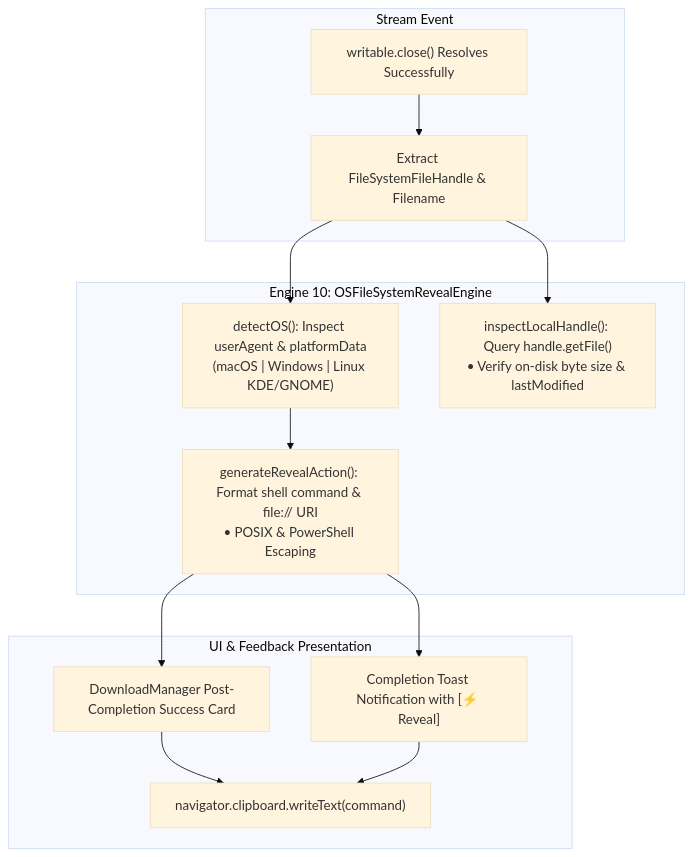
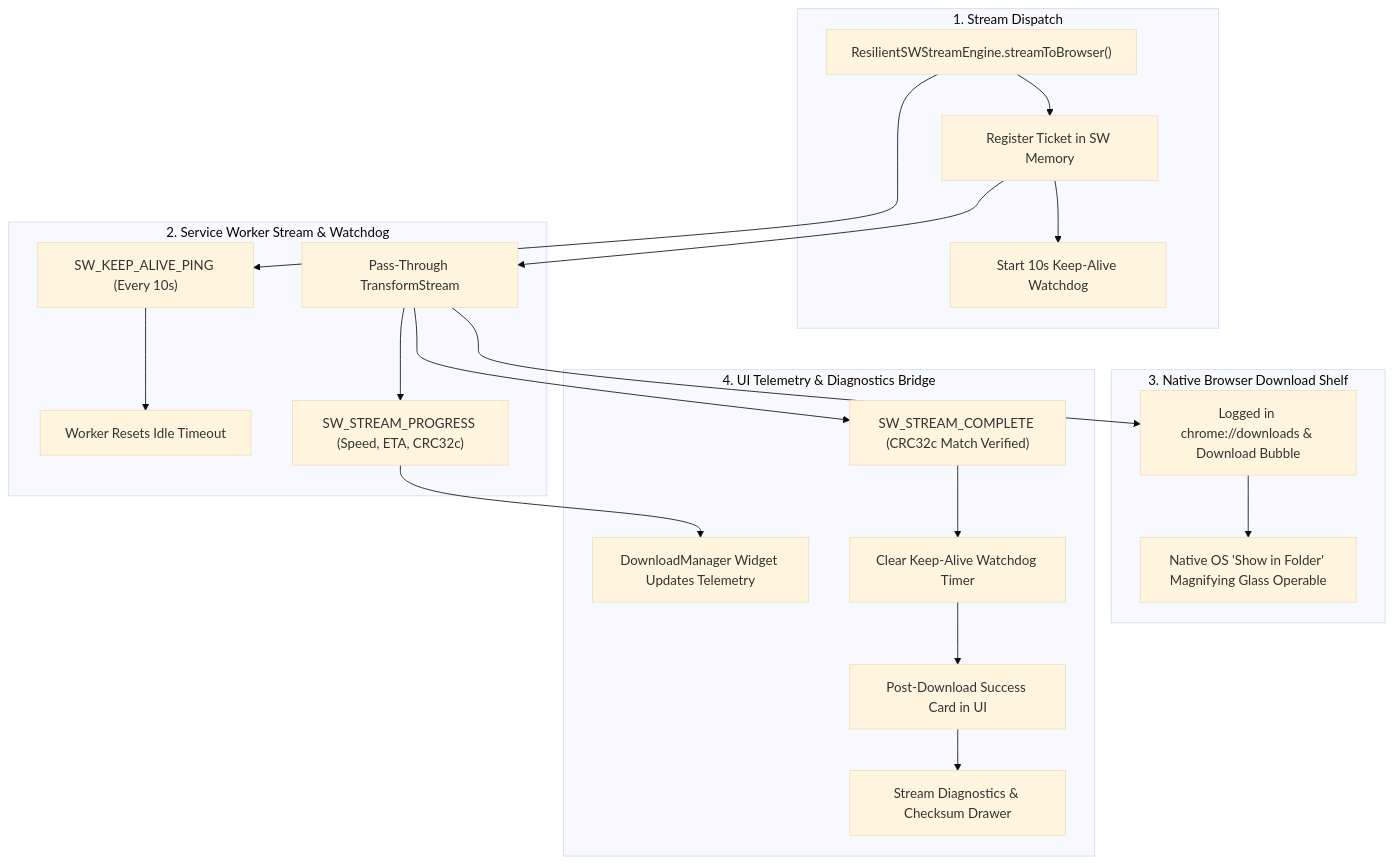
The eighth of 8 diagrams in docs/requirements/system_engines_design_specification.md (NovaLogicDev/FilesOfBaSingSe), drawn with Mermaid (base theme) before and after one commit. The commit also changed other lines of this file and 9 other files, not shown here.

Commit message:
docs: converge on resilient service worker streaming architecture and native browser download integration

````diff
--- a/docs/requirements/system_engines_design_specification.md
+++ b/docs/requirements/system_engines_design_specification.md
@@ -1086,26 +1093,28 @@
 ```mermaid
 flowchart TD
-    subgraph StreamCompletion ["Stream Event"]
-        Done["writable.close() Resolves Successfully"] --> ExtractHandle["Extract FileSystemFileHandle & Filename"]
+    subgraph StreamStart ["1. Stream Dispatch"]
+        Initiate["ResilientSWStreamEngine.streamToBrowser()"] --> RegisterTicket["Register Ticket in SW Memory"]
+        RegisterTicket --> LaunchWatchdog["Start 10s Keep-Alive Watchdog"]
     end
 
-    subgraph Engine10Execution ["Engine 10: OSFileSystemRevealEngine"]
-        DetectPlatform["detectOS(): Inspect userAgent & platformData\n(macOS | Windows | Linux KDE/GNOME)"]
-        SynthesizeSnippet["generateRevealAction(): Format shell command & file:// URI\n• POSIX & PowerShell Escaping"]
-        HandleInspector["inspectLocalHandle(): Query handle.getFile()\n• Verify on-disk byte size & lastModified"]
+    subgraph SWExecution ["2. Service Worker Stream & Watchdog"]
+        WatchdogPing["SW_KEEP_ALIVE_PING (Every 10s)"] --> ResetIdle["Worker Resets Idle Timeout"]
+        TransformPipe["Pass-Through TransformStream"] --> EmitProgress["SW_STREAM_PROGRESS (Speed, ETA, CRC32c)"]
     end
 
-    subgraph UIOutputs ["UI & Feedback Presentation"]
-        SuccessCard["DownloadManager Post-Completion Success Card"]
-        ToastAction["Completion Toast Notification with [⚡ Reveal]"]
-        ClipboardWrite["navigator.clipboard.writeText(command)"]
+    subgraph NativeBrowserShelf ["3. Native Browser Download Shelf"]
+        TransformPipe --> ChromeDownloads["Logged in chrome://downloads & Download Bubble"]
+        ChromeDownloads --> ShowInFolder["Native OS 'Show in Folder' Magnifying Glass Operable"]
     end
 
-    ExtractHandle --> DetectPlatform
-    ExtractHandle --> HandleInspector
-    DetectPlatform --> SynthesizeSnippet
-    SynthesizeSnippet --> SuccessCard
-    SynthesizeSnippet --> ToastAction
-    SuccessCard --> ClipboardWrite
-    ToastAction --> ClipboardWrite
+    subgraph UIBridge ["4. UI Telemetry & Diagnostics Bridge"]
+        EmitProgress --> DownloadManagerUI["DownloadManager Widget Updates Telemetry"]
+        StreamComplete["SW_STREAM_COMPLETE (CRC32c Match Verified)"] --> StopWatchdog["Clear Keep-Alive Watchdog Timer"]
+        StopWatchdog --> SuccessCard["Post-Download Success Card in UI"]
+        SuccessCard --> DiagnosticsDrawer["Stream Diagnostics & Checksum Drawer"]
+    end
+
+    Initiate --> WatchdogPing
+    RegisterTicket --> TransformPipe
+    TransformPipe --> StreamComplete
 ```
````
